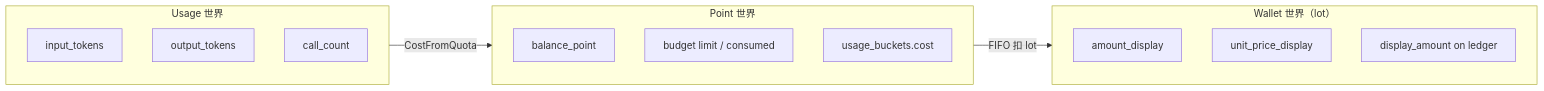
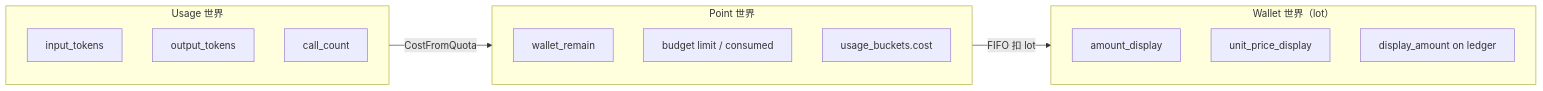
The first of 7 diagrams in docs/Backend-计费模式.md (quyip8818/mytokenjoy), drawn with Mermaid before and after one commit. The commit also changed other lines of this file and 12 other files, not shown here.

````diff
--- a/docs/Backend-计费模式.md
+++ b/docs/Backend-计费模式.md
@@ -51,23 +51,23 @@
 ```mermaid
 flowchart LR
     subgraph Usage["Usage 世界"]
         U1[input_tokens]
         U2[output_tokens]
         U3[call_count]
     end
 
     subgraph Point["Point 世界"]
-        P1[balance_point]
+        P1[wallet_remain]
         P2[budget limit / consumed]
         P3[usage_buckets.cost]
     end
 
     subgraph Wallet["Wallet 世界（lot）"]
         W1[amount_display]
         W2[unit_price_display]
         W3[display_amount on ledger]
     end
 
     Usage -->|"CostFromQuota"| Point
     Point -->|"FIFO 扣 lot"| Wallet
 ```
````
